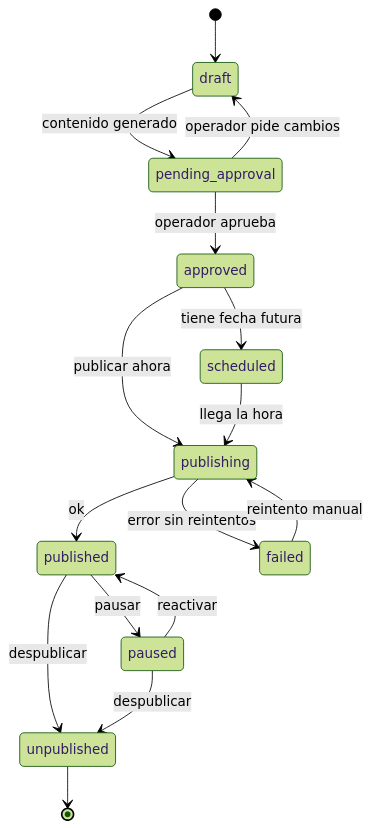
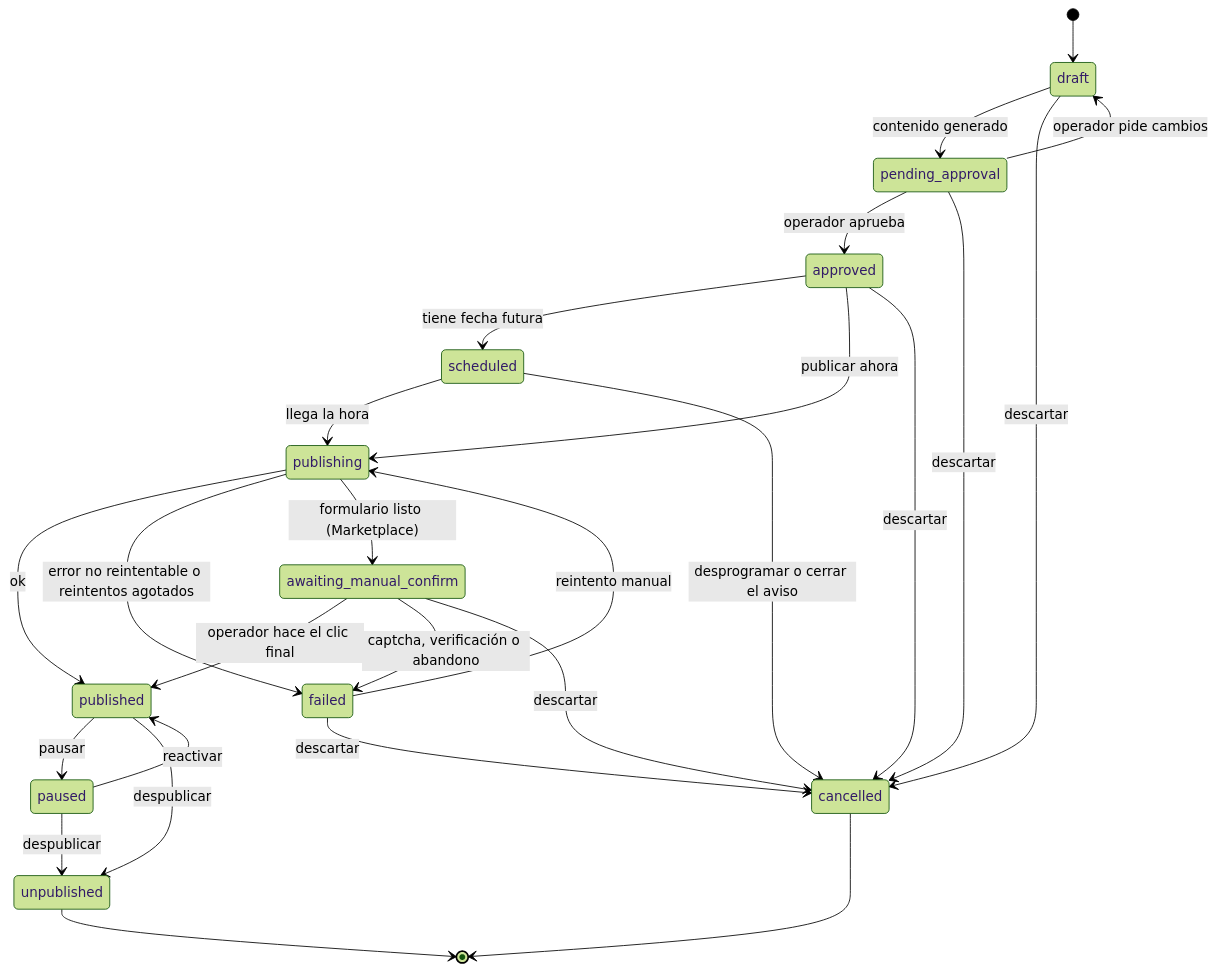
Before and after one commit to vicentewolde/AgentSales: the second of 2 diagrams in docs/01-arquitectura.md, drawn with Mermaid (forest theme). The commit also changed other lines of this file and 18 other files, not shown here.

````diff
--- a/docs/01-arquitectura.md
+++ b/docs/01-arquitectura.md
@@ -132,18 +138,28 @@
 ```mermaid
 stateDiagram-v2
   [*] --> draft
   draft --> pending_approval: contenido generado
   pending_approval --> approved: operador aprueba
   pending_approval --> draft: operador pide cambios
   approved --> scheduled: tiene fecha futura
   approved --> publishing: publicar ahora
   scheduled --> publishing: llega la hora
   publishing --> published: ok
-  publishing --> failed: error sin reintentos
+  publishing --> failed: error no reintentable o reintentos agotados
   failed --> publishing: reintento manual
   published --> paused: pausar
   paused --> published: reactivar
   published --> unpublished: despublicar
   paused --> unpublished: despublicar
+  publishing --> awaiting_manual_confirm: formulario listo (Marketplace)
+  awaiting_manual_confirm --> published: operador hace el clic final
+  awaiting_manual_confirm --> failed: captcha, verificación o abandono
   unpublished --> [*]
+  draft --> cancelled: descartar
+  pending_approval --> cancelled: descartar
+  approved --> cancelled: descartar
+  scheduled --> cancelled: desprogramar o cerrar el aviso
+  failed --> cancelled: descartar
+  awaiting_manual_confirm --> cancelled: descartar
+  cancelled --> [*]
 ```
````
